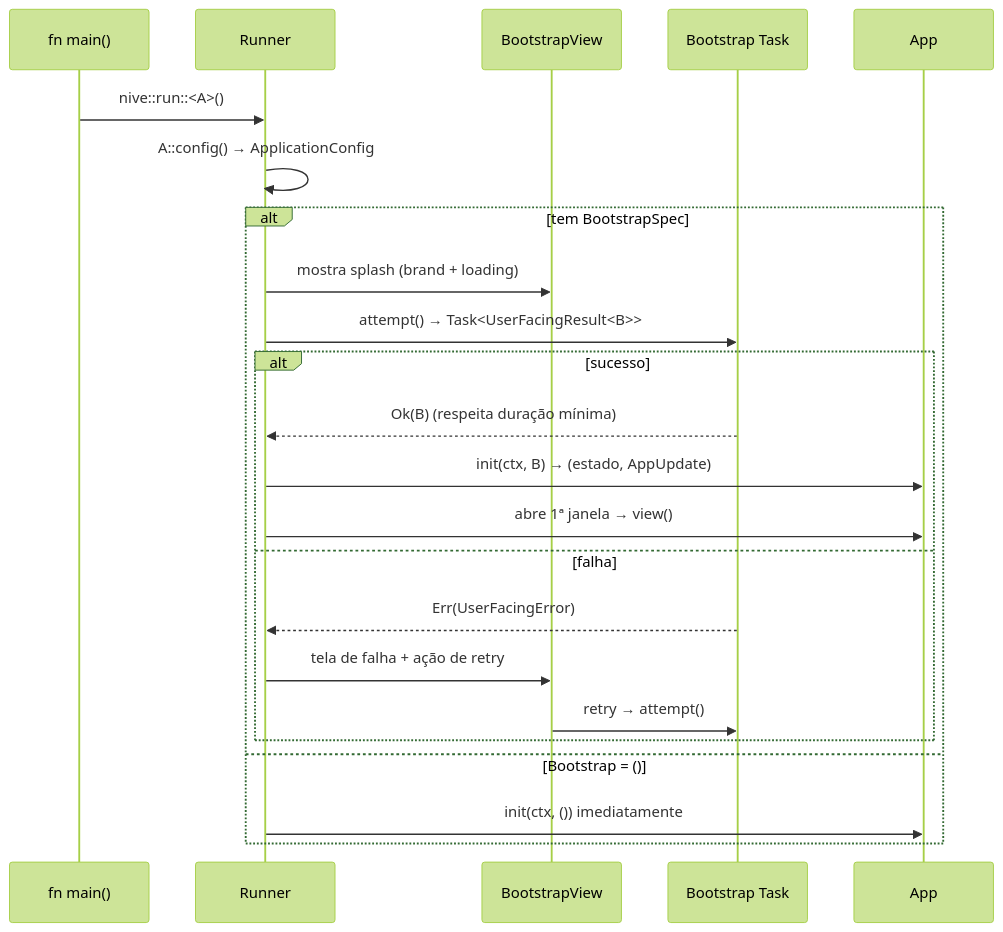
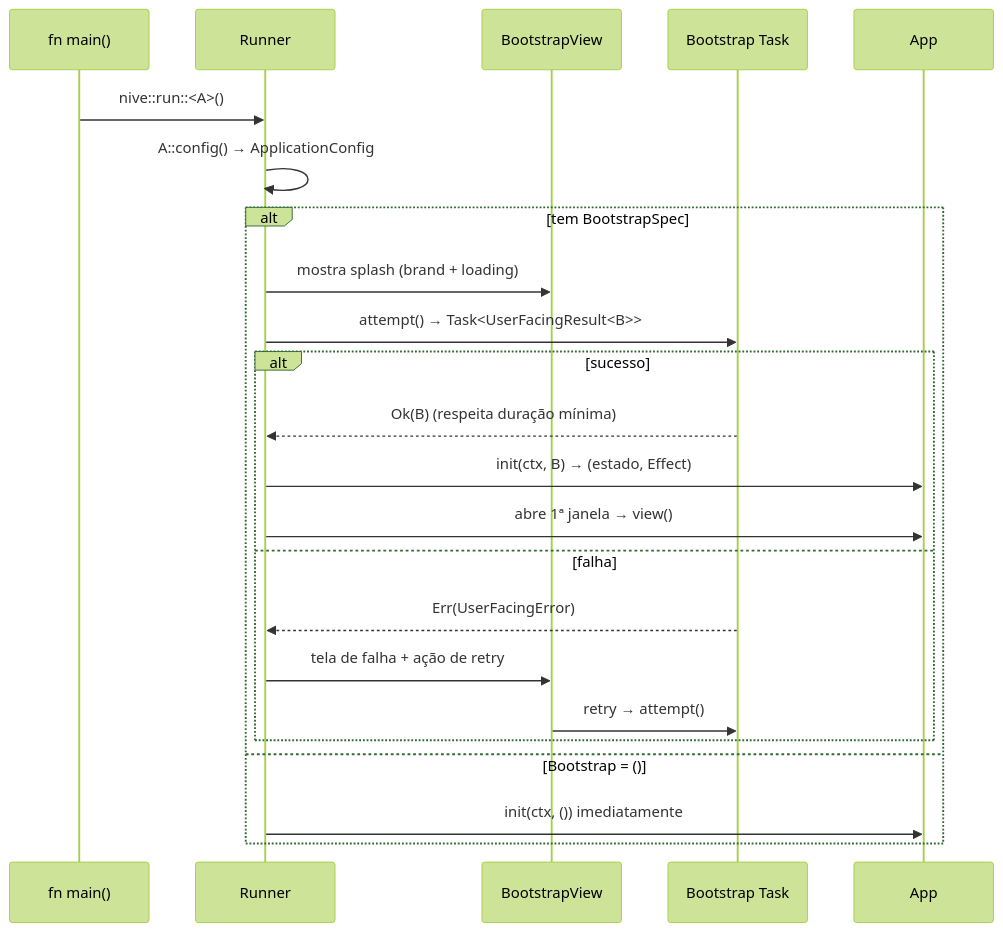
The second of 6 diagrams in docs/architecture/runtime-flows.md (JirlanSouza/nive), drawn with Mermaid (forest theme) before and after one commit. The commit also changed other lines of this file and 29 other files, not shown here.

````diff
--- a/docs/architecture/runtime-flows.md
+++ b/docs/architecture/runtime-flows.md
@@ -47,26 +46,26 @@
 ```mermaid
 sequenceDiagram
     participant Main as fn main()
     participant Runner
     participant Splash as BootstrapView
     participant Task as Bootstrap Task
     participant App
 
     Main->>Runner: nive::run::<A>()
     Runner->>Runner: A::config() → ApplicationConfig
     alt tem BootstrapSpec
         Runner->>Splash: mostra splash (brand + loading)
         Runner->>Task: attempt() → Task<UserFacingResult<B>>
         alt sucesso
             Task-->>Runner: Ok(B)  (respeita duração mínima)
-            Runner->>App: init(ctx, B) → (estado, AppUpdate)
+            Runner->>App: init(ctx, B) → (estado, Effect)
             Runner->>App: abre 1ª janela → view()
         else falha
             Task-->>Runner: Err(UserFacingError)
             Runner->>Splash: tela de falha + ação de retry
             Splash->>Task: retry → attempt()
         end
     else Bootstrap = ()
         Runner->>App: init(ctx, ()) imediatamente
     end
 ```
````
